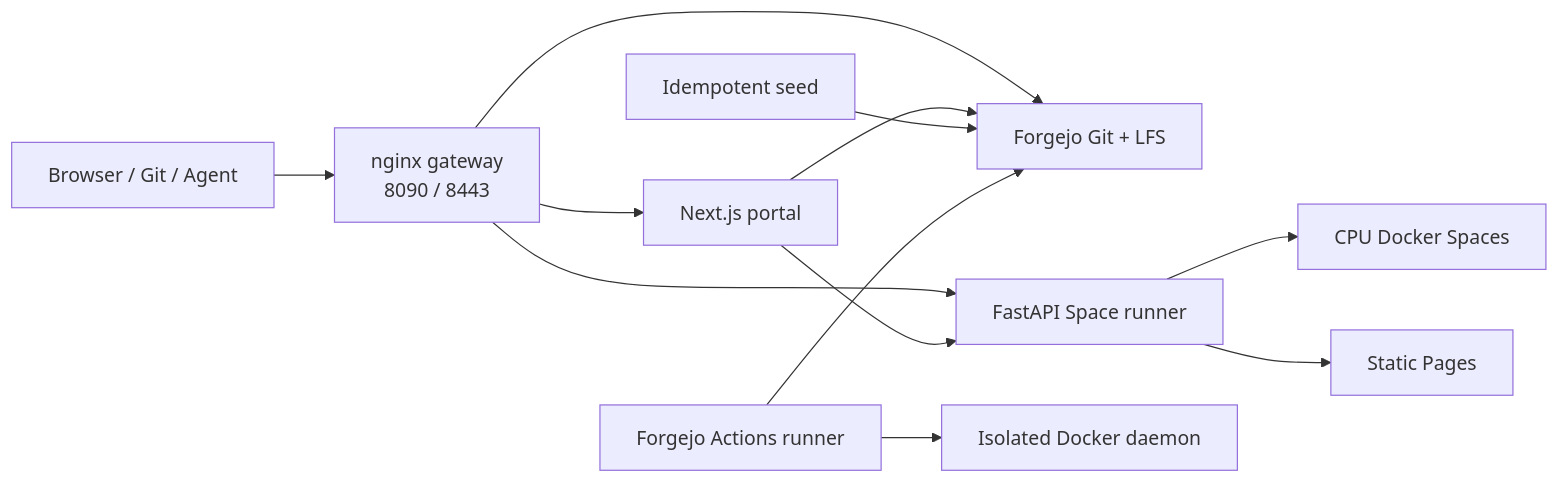
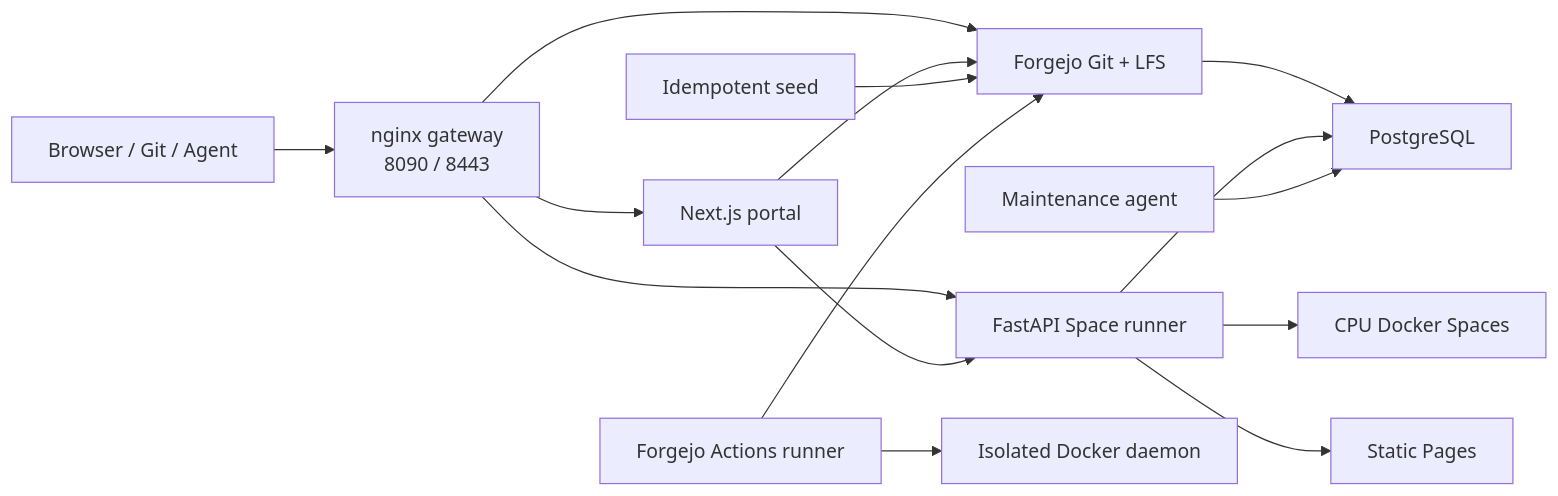
Before and after one commit to Sunwood-ai-labs/OpenFace: the diagram in README.md, drawn with Mermaid. The commit also changed other lines of this file and 13 other files, not shown here.

Commit message:
docs: document Proxmox PostgreSQL deployment

````diff
--- a/README.md
+++ b/README.md
@@ -102,14 +103,17 @@
 ```mermaid
 flowchart LR
     User["Browser / Git / Agent"] --> Gateway["nginx gateway<br/>8090 / 8443"]
     Gateway --> Frontend["Next.js portal"]
     Gateway --> Forgejo["Forgejo Git + LFS"]
     Gateway --> Runner["FastAPI Space runner"]
     Frontend --> Forgejo
     Frontend --> Runner
+    Forgejo --> Postgres["PostgreSQL"]
+    Runner --> Postgres
+    Maintenance["Maintenance agent"] --> Postgres
     Runner --> Space["CPU Docker Spaces"]
     Runner --> Pages["Static Pages"]
     Seed["Idempotent seed"] --> Forgejo
     Actions["Forgejo Actions runner"] --> Dind["Isolated Docker daemon"]
     Actions --> Forgejo
 ```
````
